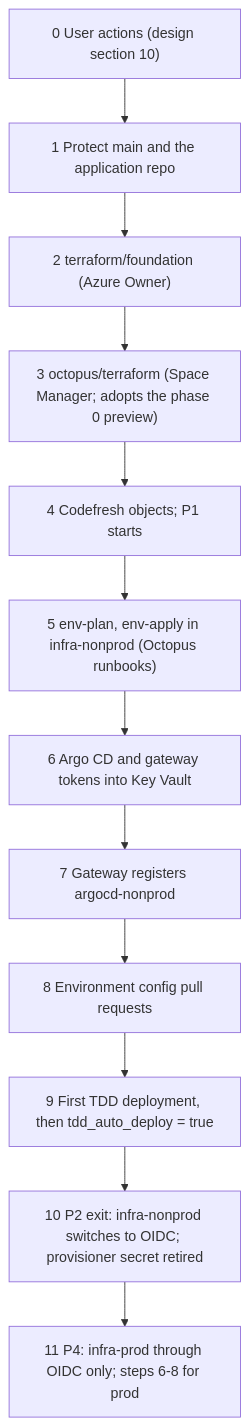
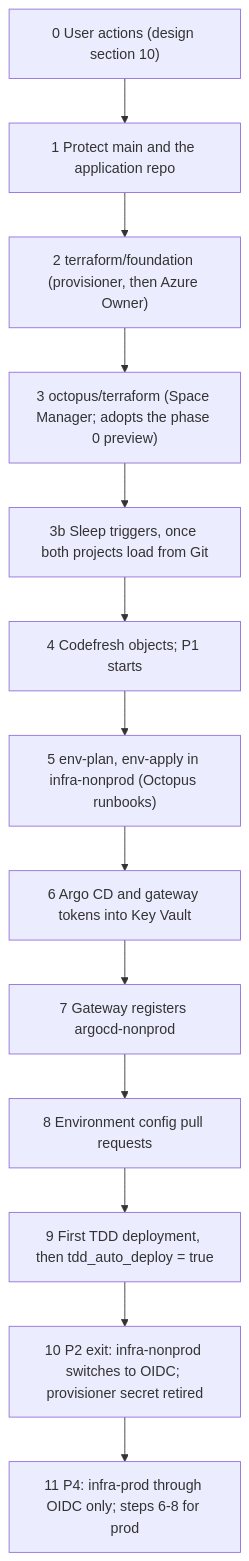
The diagram in docs/bootstrap.md (clearmeasure-aisf-sample-apps/basic-environment-octopus-codefresh), drawn with Mermaid before and after one commit. The commit also changed other lines of this file and 64 other files, not shown here.

````diff
--- a/docs/bootstrap.md
+++ b/docs/bootstrap.md
@@ -29,14 +30,15 @@
 ```mermaid
 flowchart TD
     s0["0 User actions (design section 10)"] --> s1["1 Protect main and the application repo"]
-    s1 --> s2["2 terraform/foundation (Azure Owner)"]
+    s1 --> s2["2 terraform/foundation (provisioner, then Azure Owner)"]
     s2 --> s3["3 octopus/terraform (Space Manager; adopts the phase 0 preview)"]
-    s3 --> s4["4 Codefresh objects; P1 starts"]
+    s3 --> s3b["3b Sleep triggers, once both projects load from Git"]
+    s3b --> s4["4 Codefresh objects; P1 starts"]
     s4 --> s5["5 env-plan, env-apply in infra-nonprod (Octopus runbooks)"]
     s5 --> s6["6 Argo CD and gateway tokens into Key Vault"]
     s6 --> s7["7 Gateway registers argocd-nonprod"]
     s7 --> s8["8 Environment config pull requests"]
     s8 --> s9["9 First TDD deployment, then tdd_auto_deploy = true"]
     s9 --> s10["10 P2 exit: infra-nonprod switches to OIDC; provisioner secret retired"]
     s10 --> s11["11 P4: infra-prod through OIDC only; steps 6-8 for prod"]
 ```
````
